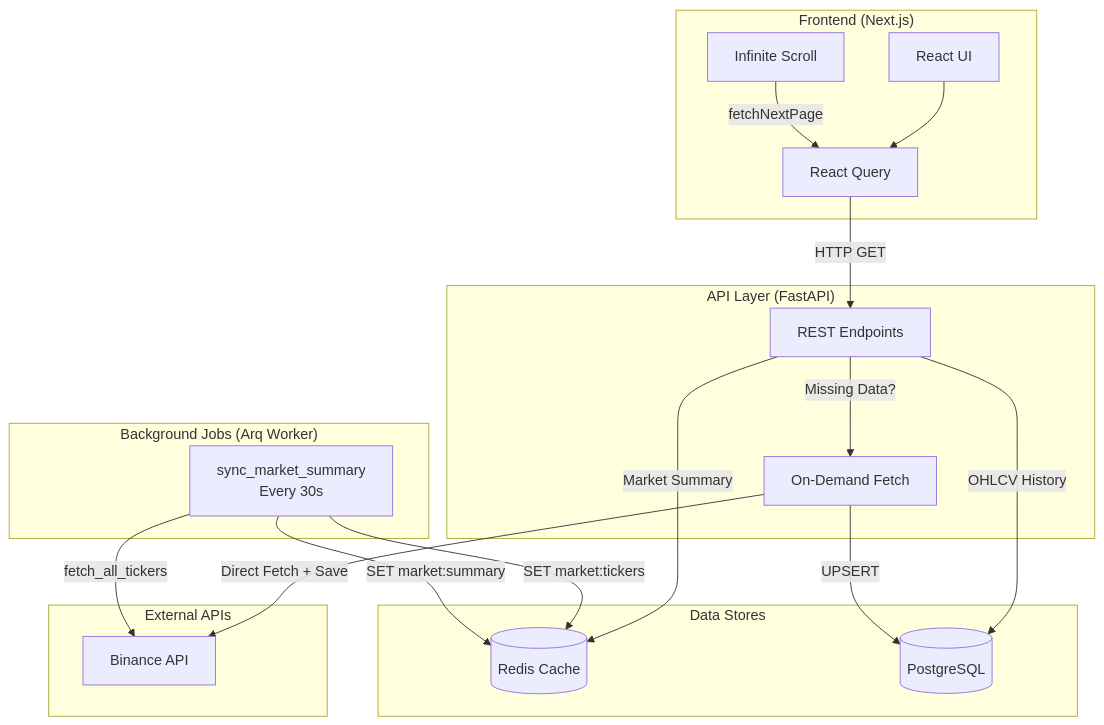
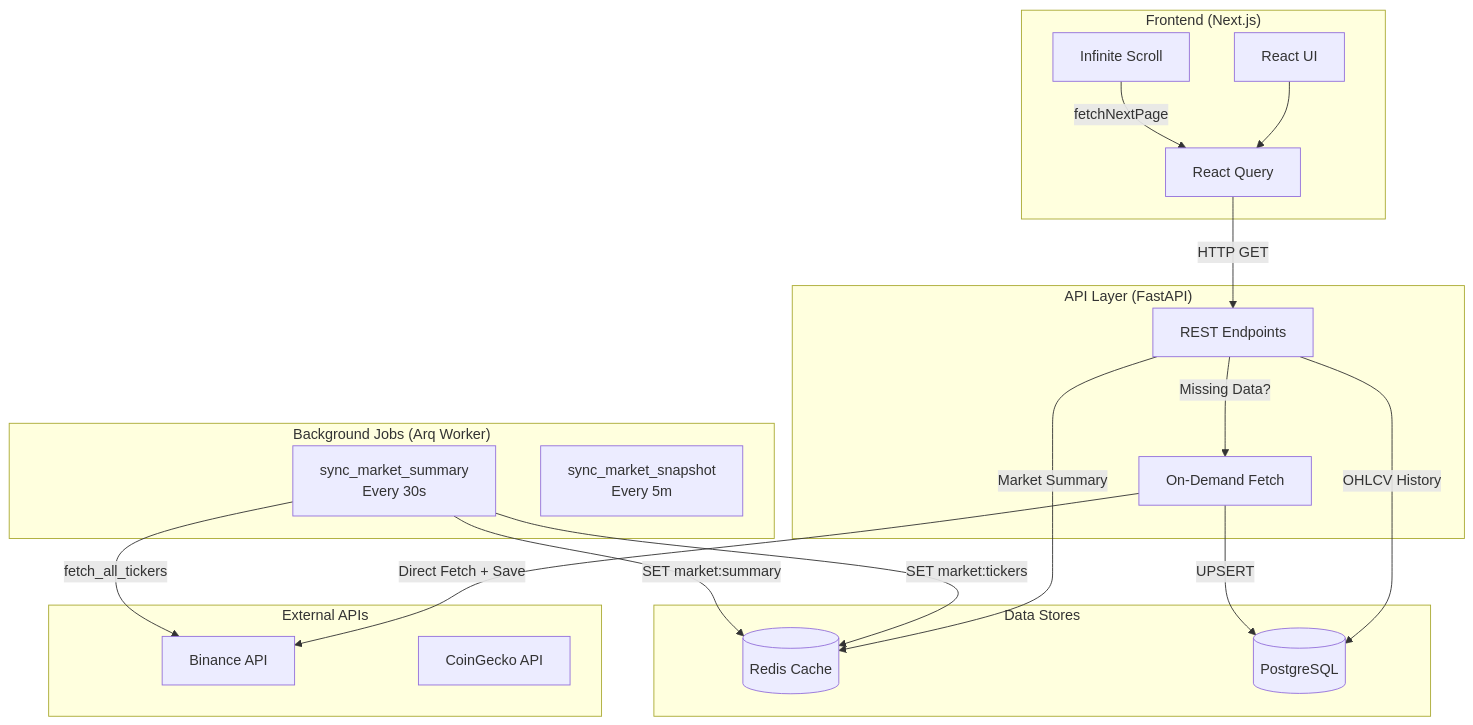
The first of 5 diagrams in docs/DATA_ARCHITECTURE.md (cipher-caster/argus), drawn with Mermaid before and after one commit. The commit also changed other lines of this file and 8 other files, not shown here.

Commit message:
feat: Refactor market data API to introduce a dedicated summary endpoint and enhance the main coin listing with sorting, pagination, and URL parameter management.

````diff
--- a/docs/DATA_ARCHITECTURE.md
+++ b/docs/DATA_ARCHITECTURE.md
@@ -13,40 +13,42 @@
 ```mermaid
 graph TB
     subgraph "Frontend (Next.js)"
         UI[React UI]
         RQ[React Query]
         IS[Infinite Scroll]
     end
 
     subgraph "API Layer (FastAPI)"
         API[REST Endpoints]
         OD[On-Demand Fetch]
     end
 
     subgraph "Data Stores"
         Redis[(Redis Cache)]
         PG[(PostgreSQL)]
     end
 
     subgraph "Background Jobs (Arq Worker)"
         Worker[sync_market_summary<br/>Every 30s]
+        CGWorker[sync_market_snapshot<br/>Every 5m]
     end
 
     subgraph "External APIs"
         Binance[Binance API]
+        CoinGecko[CoinGecko API]
     end
 
     UI --> RQ
     RQ -->|HTTP GET| API
     IS -->|fetchNextPage| RQ
 
     API -->|Market Summary| Redis
     API -->|OHLCV History| PG
     API -->|Missing Data?| OD
     OD -->|Direct Fetch + Save| Binance
     OD -->|UPSERT| PG
 
     Worker -->|fetch_all_tickers| Binance
     Worker -->|SET market:tickers| Redis
     Worker -->|SET market:summary| Redis
 ```
````
